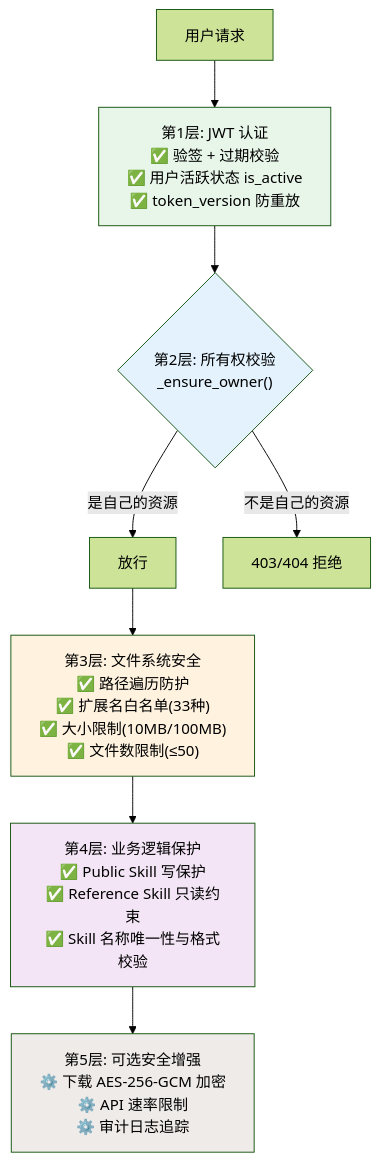
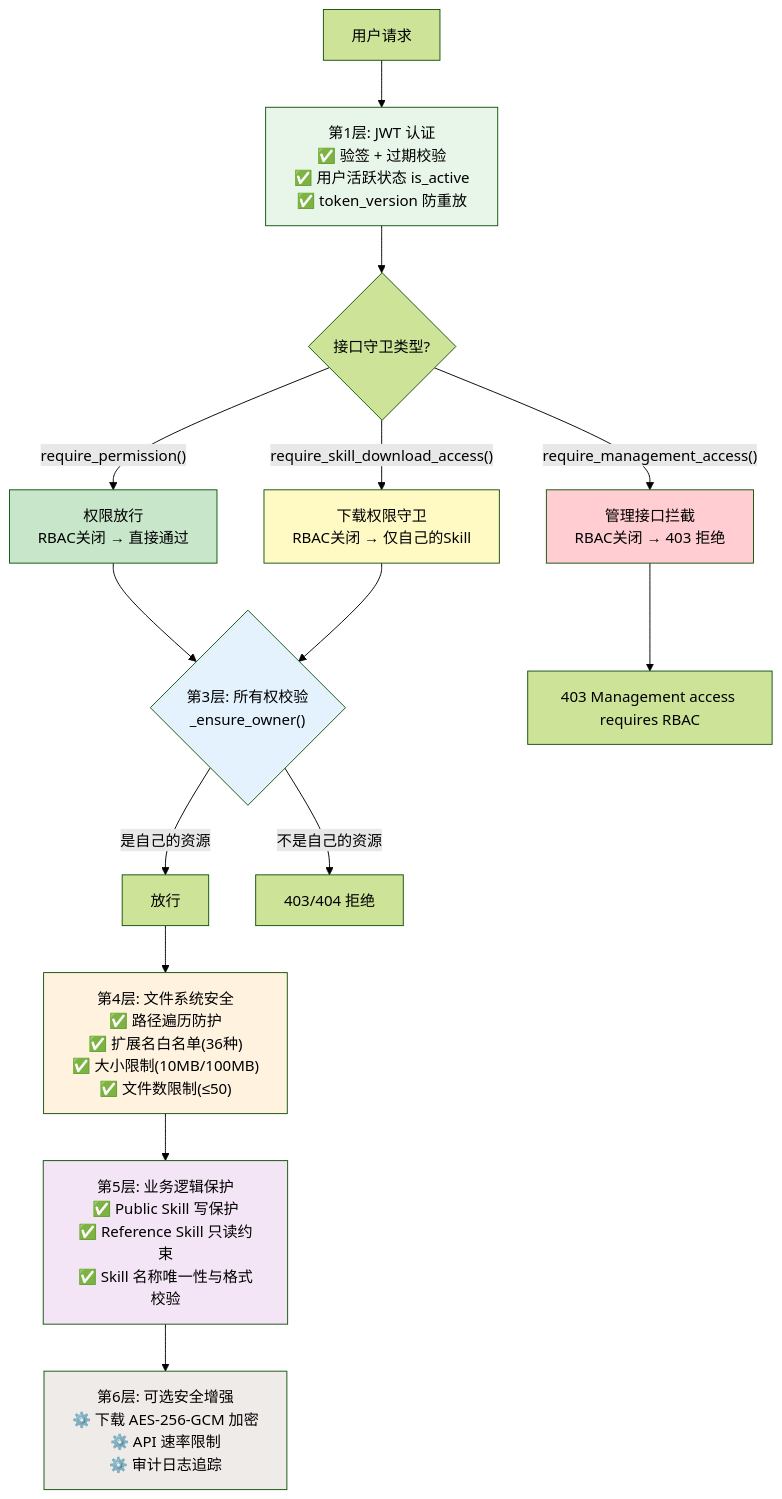
Before and after one commit to jiabai/open-skillhub: the ninth of 9 diagrams in technical-analysis-docs/feature-list-without-rbac.md, drawn with Mermaid (forest theme). The commit also changed other lines of this file and 3 other files, not shown here.

````diff
--- a/technical-analysis-docs/feature-list-without-rbac.md
+++ b/technical-analysis-docs/feature-list-without-rbac.md
@@ -511,21 +522,33 @@
 ```mermaid
 flowchart TD
     REQ["用户请求"] --> L1["第1层: JWT 认证<br/>✅ 验签 + 过期校验<br/>✅ 用户活跃状态 is_active<br/>✅ token_version 防重放"]
     
-    L1 --> L2{"第2层: 所有权校验<br/>_ensure_owner()"}
+    L1 --> GUARD{"接口守卫类型?"}
     
-    L2 -->|"是自己的资源"| PASS[放行]
-    L2 -->|"不是自己的资源"| DENY["403/404 拒绝"]
+    GUARD -->|"require_permission()"| L2A["权限放行<br/>RBAC关闭 → 直接通过"]
+    GUARD -->|"require_management_access()"| L2B["管理接口拦截<br/>RBAC关闭 → 403 拒绝"]
+    GUARD -->|"require_skill_download_access()"| L2C["下载权限守卫<br/>RBAC关闭 → 仅自己的Skill"]
     
-    PASS --> L3["第3层: 文件系统安全<br/>✅ 路径遍历防护<br/>✅ 扩展名白名单(33种)<br/>✅ 大小限制(10MB/100MB)<br/>✅ 文件数限制(≤50)"]
+    L2A --> L3{"第3层: 所有权校验<br/>_ensure_owner()"}
+    L2C --> L3
     
-    L3 --> L4["第4层: 业务逻辑保护<br/>✅ Public Skill 写保护<br/>✅ Reference Skill 只读约束<br/>✅ Skill 名称唯一性与格式校验"]
+    L3 -->|"是自己的资源"| PASS[放行]
+    L3 -->|"不是自己的资源"| DENY["403/404 拒绝"]
     
-    L4 --> L5["第5层: 可选安全增强<br/>⚙️ 下载 AES-256-GCM 加密<br/>⚙️ API 速率限制<br/>⚙️ 审计日志追踪"]
+    PASS --> L4["第4层: 文件系统安全<br/>✅ 路径遍历防护<br/>✅ 扩展名白名单(36种)<br/>✅ 大小限制(10MB/100MB)<br/>✅ 文件数限制(≤50)"]
+    
+    L4 --> L5["第5层: 业务逻辑保护<br/>✅ Public Skill 写保护<br/>✅ Reference Skill 只读约束<br/>✅ Skill 名称唯一性与格式校验"]
+    
+    L5 --> L6["第6层: 可选安全增强<br/>⚙️ 下载 AES-256-GCM 加密<br/>⚙️ API 速率限制<br/>⚙️ 审计日志追踪"]
+    
+    L2B --> DENY2["403 Management access requires RBAC"]
 
     style L1 fill:#e8f5e9
-    style L2 fill:#e3f2fd
-    style L3 fill:#fff3e0
-    style L4 fill:#f3e5f5
-    style L5 fill:#efebe9
+    style L2A fill:#c8e6c9
+    style L2B fill:#ffcdd2
+    style L2C fill:#fff9c4
+    style L3 fill:#e3f2fd
+    style L4 fill:#fff3e0
+    style L5 fill:#f3e5f5
+    style L6 fill:#efebe9
 ```
````
